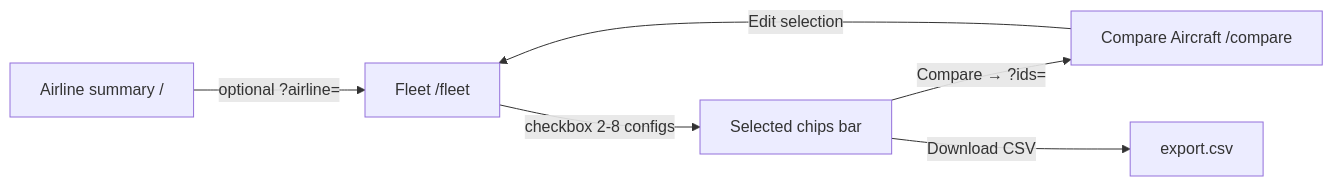
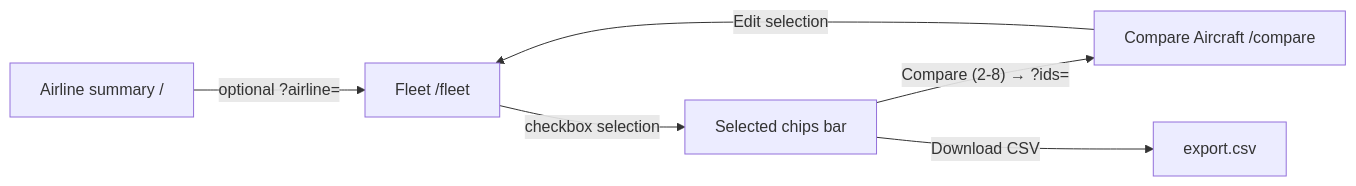
The second of 2 diagrams in docs/architecture.md (ongsterr/airline-benchmarking), drawn with Mermaid before and after one commit. The commit also changed other lines of this file, not shown here.

Commit message:
docs: update architecture docs

````diff
--- a/docs/architecture.md
+++ b/docs/architecture.md
@@ -415,8 +415,8 @@
 ```mermaid
 flowchart LR
     Summary["Airline summary /"] -->|"optional ?airline="| Fleet["Fleet /fleet"]
-    Fleet -->|"checkbox 2-8 configs"| ChipsBar["Selected chips bar"]
-    ChipsBar -->|"Compare → ?ids="| Compare["Compare Aircraft /compare"]
+    Fleet -->|"checkbox selection"| ChipsBar["Selected chips bar"]
+    ChipsBar -->|"Compare (2-8) → ?ids="| Compare["Compare Aircraft /compare"]
     ChipsBar -->|"Download CSV"| Export["export.csv"]
     Compare -->|"Edit selection"| Fleet
 ```
````
